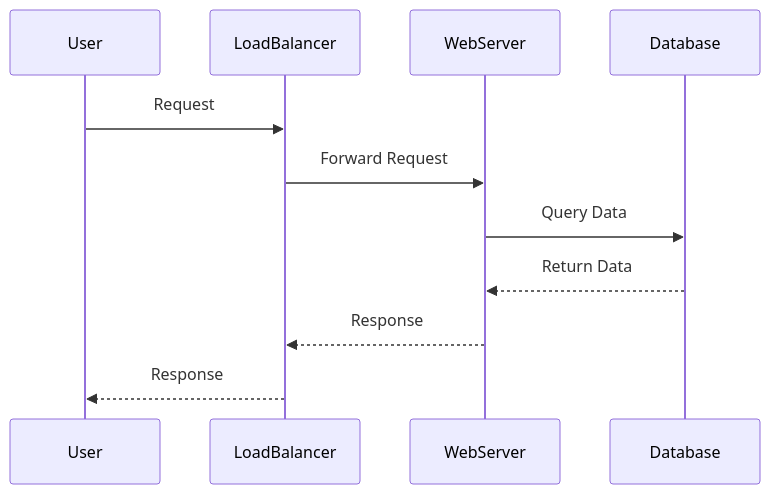
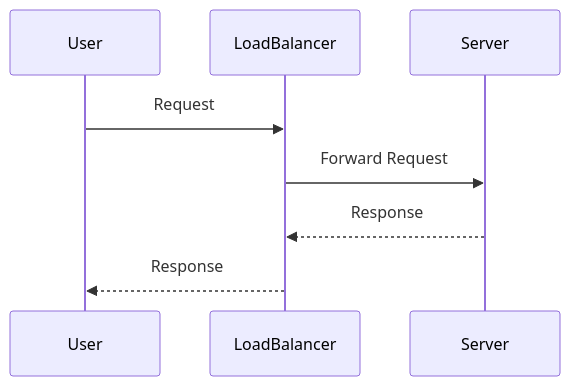
One commit to VrushankPatel/interview-matters changed the first of 2 diagrams in system-design-basics/README.md. Above: the diagram before and after it, drawn with Mermaid. The commit also changed other lines of this file and 2 other files, not shown here.

Commit message:
kb: add/update topics collections-and-data-structures, java-stream-api-and-functional-programming, system-design-basics, high-scalability-patterns, cap-theorem-and-distributed-systems

````diff
--- a/system-design-basics/README.md
+++ b/system-design-basics/README.md
@@ -85,14 +75,11 @@
 ```mermaid
 sequenceDiagram
     participant User
     participant LoadBalancer
-    participant WebServer
-    participant Database
+    participant Server
 
     User->>LoadBalancer: Request
-    LoadBalancer->>WebServer: Forward Request
-    WebServer->>Database: Query Data
-    Database-->>WebServer: Return Data
-    WebServer-->>LoadBalancer: Response
+    LoadBalancer->>Server: Forward Request
+    Server-->>LoadBalancer: Response
     LoadBalancer-->>User: Response
 ```
````
